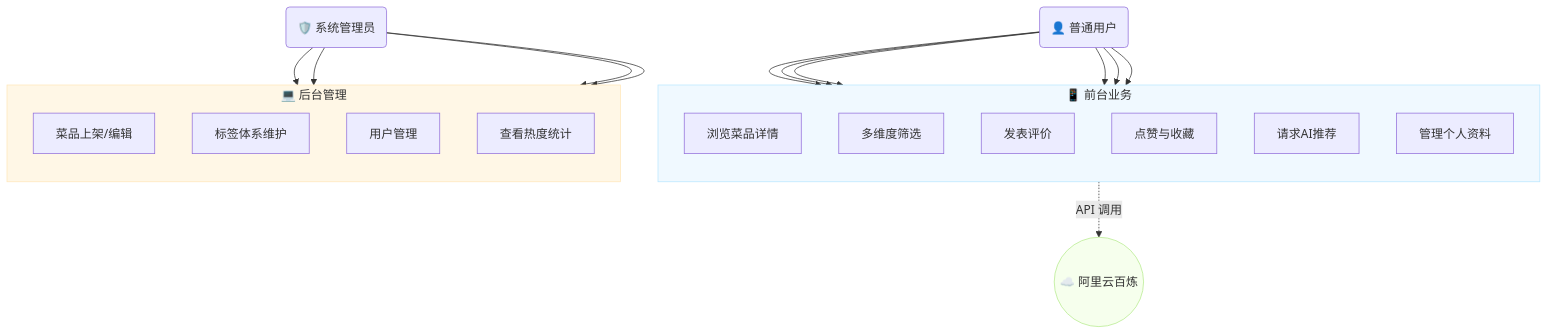
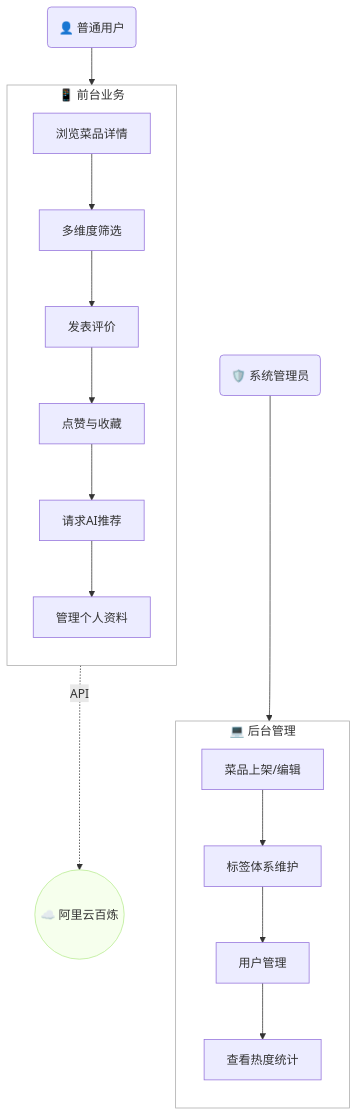
The second of 12 diagrams in README.md (MoriSparkles/EatinginZJUT), drawn with Mermaid before and after one commit.

````diff
--- a/README.md
+++ b/README.md
@@ -529,47 +529,46 @@
 ```mermaid
 graph TD
-    %% 角色定义
+    %% 角色定义 (放在顶部或侧边)
     User("👤 普通用户")
     Admin("🛡️ 系统管理员")
     AI(("☁️ 阿里云百炼"))
 
-    %% 前台业务 (上方)
+    %% 1. 前台业务 (垂直列表)
     subgraph FrontEnd [📱 前台业务]
         direction TB
         UC1[浏览菜品详情]
         UC2[多维度筛选]
         UC3[发表评价]
         UC4[点赞与收藏]
         UC5[请求AI推荐]
         UC6[管理个人资料]
     end
 
-    %% 后台管理 (下方)
+    %% 2. 后台管理 (垂直列表，接在前台下面)
     subgraph BackEnd [💻 后台管理]
         direction TB
         UC7[菜品上架/编辑]
         UC8[标签体系维护]
         UC9[用户管理]
         UC10[查看热度统计]
     end
 
-    %% 关系连线
+    %% 连接逻辑 - 垂直流向
     User --> UC1
-    User --> UC2
-    User --> UC3
-    User --> UC4
-    User --> UC5
-    User --> UC6
+    UC1 --> UC2 --> UC3 --> UC4 --> UC5 --> UC6
+    
+    %% AI 交互
+    UC5 -.->|API | AI
+    
+    %% 管理员流程
+    Admin --> UC7
+    UC7 --> UC8 --> UC9 --> UC10
 
-    Admin --> UC7
-    Admin --> UC8
-    Admin --> UC9
-    Admin --> UC10
+    %% 将两个模块垂直串联起来 (可选，为了视觉更紧凑)
+    FrontEnd ~~~ BackEnd
 
-    UC5 -.->|API 调用 | AI
-
-    %% 样式微调
-    style FrontEnd fill:#f0f9ff,stroke:#bae7ff
-    style BackEnd fill:#fff7e6,stroke:#ffe7ba
+    %% 样式：去除子图背景色，减少视觉宽度感
+    style FrontEnd fill:none,stroke:#aaa,stroke-width:1px
+    style BackEnd fill:none,stroke:#aaa,stroke-width:1px
     style AI fill:#f6ffed,stroke:#b7eb8f
 ```
````
